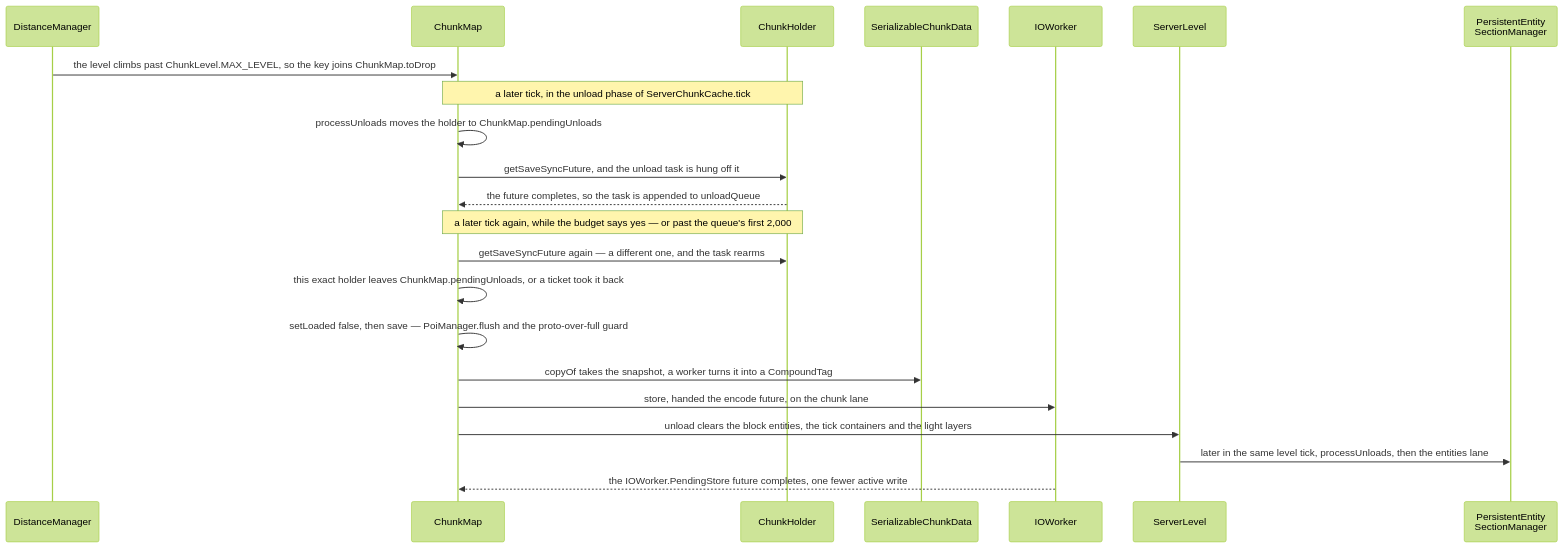
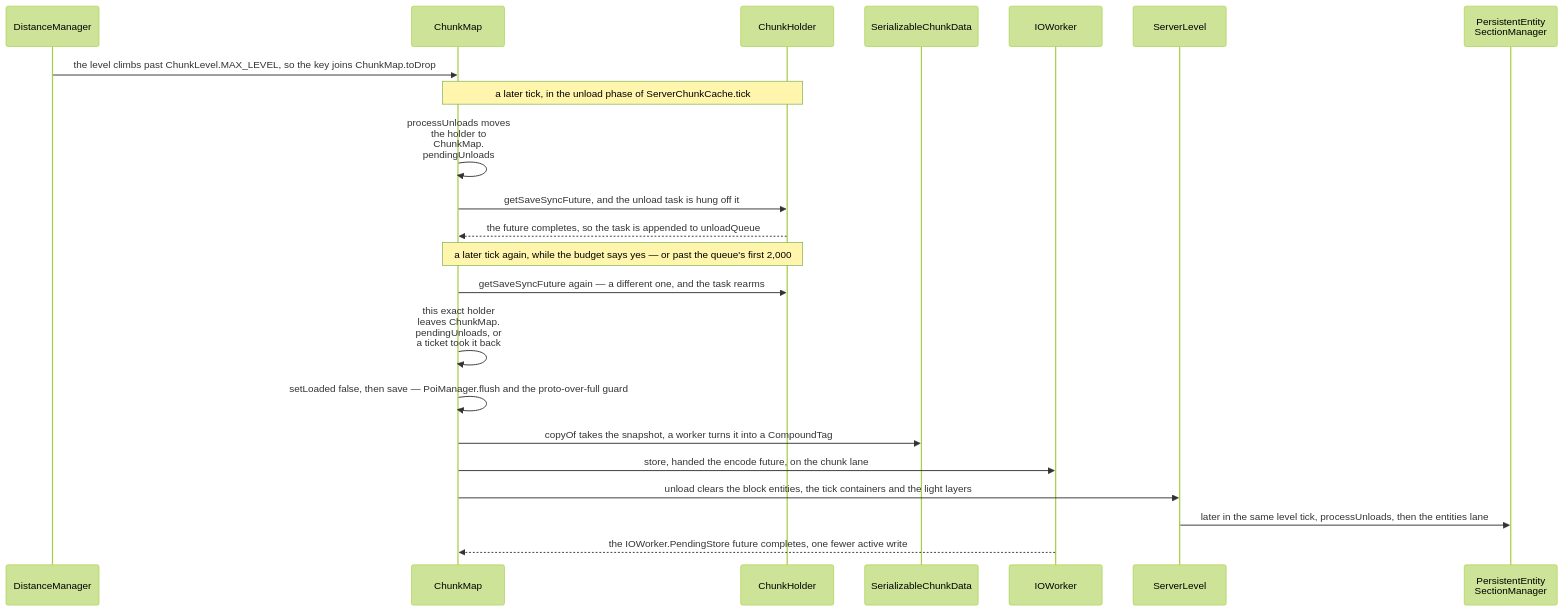
One commit to AlexanderjFraser/MinecraftDocs changed the second of 3 diagrams in src/systems/world/chunk-storage.md. Above: the diagram before and after it, drawn with Mermaid (forest theme). The commit also changed 55 other files, not shown here.

First line of the commit message:
pass 7, session O — the close, before K: the figure gate strict, the landing figures read as one set, and one strike in thirty not borne out

````diff
--- a/src/systems/world/chunk-storage.md
+++ b/src/systems/world/chunk-storage.md
@@ -171,25 +171,25 @@
 ```mermaid
 sequenceDiagram
     participant DM as DistanceManager
     participant CM as ChunkMap
     participant CH as ChunkHolder
     participant SCD as SerializableChunkData
     participant IOW as IOWorker
     participant SL as ServerLevel
     participant PESM as PersistentEntity<br/>SectionManager
 
     DM->>CM: the level climbs past ChunkLevel.MAX_LEVEL, so the key joins ChunkMap.toDrop
     Note over CM,CH: a later tick, in the unload phase of ServerChunkCache.tick
-    CM->>CM: processUnloads moves the holder to ChunkMap.pendingUnloads
+    CM->>CM: processUnloads moves<br/>the holder to<br/>ChunkMap.<br/>pendingUnloads
     CM->>CH: getSaveSyncFuture, and the unload task is hung off it
     CH-->>CM: the future completes, so the task is appended to unloadQueue
     Note over CM,CH: a later tick again, while the budget says yes — or past the queue's first 2,000
     CM->>CH: getSaveSyncFuture again — a different one, and the task rearms
-    CM->>CM: this exact holder leaves ChunkMap.pendingUnloads, or a ticket took it back
+    CM->>CM: this exact holder<br/>leaves ChunkMap.<br/>pendingUnloads, or<br/>a ticket took it back
     CM->>CM: setLoaded false, then save — PoiManager.flush and the proto-over-full guard
     CM->>SCD: copyOf takes the snapshot, a worker turns it into a CompoundTag
     CM->>IOW: store, handed the encode future, on the chunk lane
     CM->>SL: unload clears the block entities, the tick containers and the light layers
     SL->>PESM: later in the same level tick, processUnloads, then the entities lane
     IOW-->>CM: the IOWorker.PendingStore future completes, one fewer active write
 ```
````
